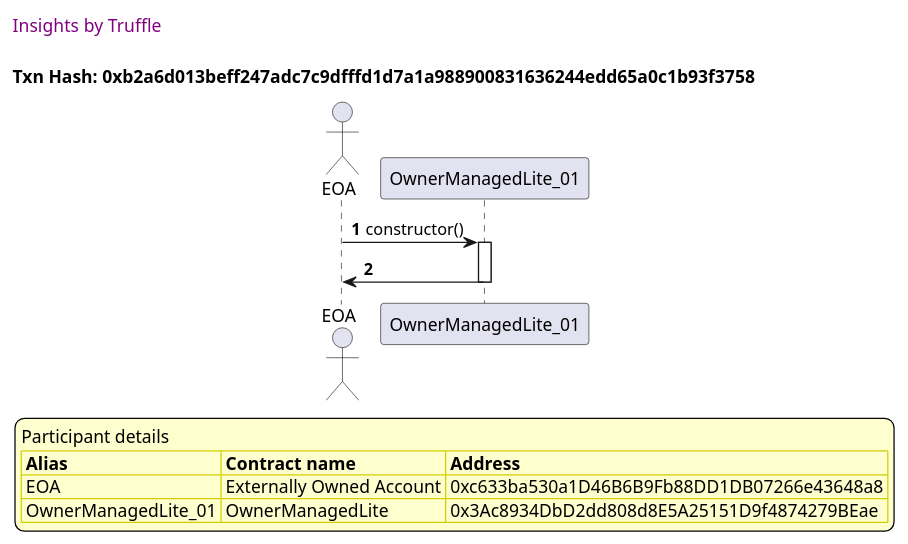
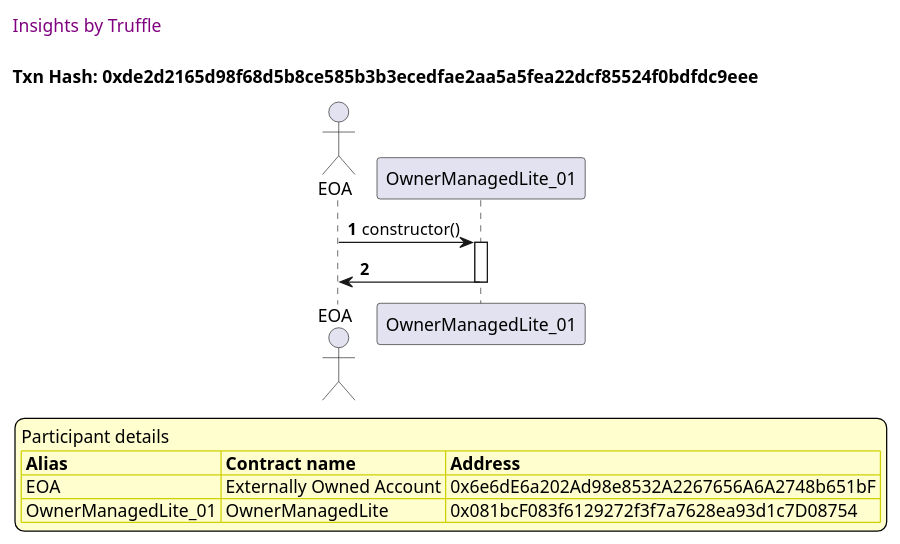
The tenth of 26 diagrams in truffle-seq/OwnerManagedLite_test_add_owner.md (thedarkjester/ConsensysAssignment), drawn with PlantUML before and after one commit. The commit also changed other lines of this file and 13 other files, not shown here.

````diff
--- a/truffle-seq/OwnerManagedLite_test_add_owner.md
+++ b/truffle-seq/OwnerManagedLite_test_add_owner.md
@@ -445,37 +445,37 @@
 ```plantuml
 
 
 @startuml
 
 autonumber
 skinparam legendBackgroundColor #FEFECE
 
 <style>
       header {
         HorizontalAlignment left
         FontColor purple
         FontSize 14
         Padding 10
       }
     </style>
 
 header Insights by Truffle
 
-title Txn Hash: 0xb2a6d013beff247adc7c9dfffd1d7a1a988900831636244edd65a0c1b93f3758
+title Txn Hash: 0xde2d2165d98f68d5b8ce585b3b3ecedfae2aa5a5fea22dcf85524f0bdfdc9eee
 
 
 actor EOA as "EOA"
 participant OwnerManagedLite_01 as "OwnerManagedLite_01"
 
 "EOA" -> "OwnerManagedLite_01" ++: constructor()
 "OwnerManagedLite_01" -> "EOA" --: 
 
 legend
 Participant details
 <#FEFECE,#D0D000>|= Alias |= Contract name |= Address |
-<#FEFECE>| EOA | Externally Owned Account | 0xc633ba530a1D46B6B9Fb88DD1DB07266e43648a8 |
-<#FEFECE>| OwnerManagedLite_01 | OwnerManagedLite | 0x3Ac8934DbD2dd808d8E5A25151D9f4874279BEae |
+<#FEFECE>| EOA | Externally Owned Account | 0x6e6dE6a202Ad98e8532A2267656A6A2748b651bF |
+<#FEFECE>| OwnerManagedLite_01 | OwnerManagedLite | 0x081bcF083f6129272f3f7a7628ea93d1c7D08754 |
 endlegend
 
 @enduml
 ```
````
